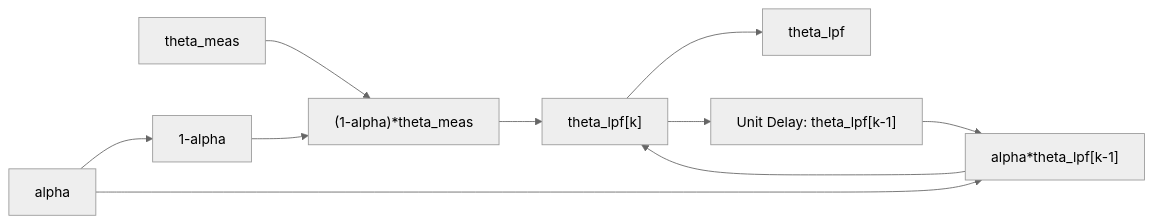
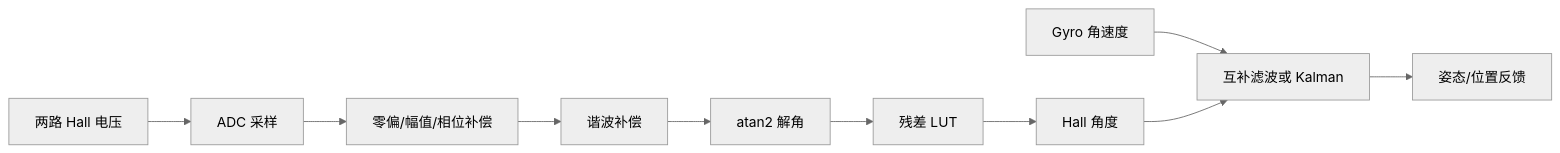
The diagram in 线性霍尔传感器/LPF_alpha-beta_ESO原理与Simulink实现说明.md (Ciri-07/Project-of-a-multi-axis-handheld-gimbal-based-on-BLDC-and-piezoelectric-motors), drawn with Mermaid (neutral theme) before and after one commit. The commit also changed other lines of this file and 18 other files, not shown here.

````diff
--- a/线性霍尔传感器/LPF_alpha-beta_ESO原理与Simulink实现说明.md
+++ b/线性霍尔传感器/LPF_alpha-beta_ESO原理与Simulink实现说明.md
@@ -175,12 +654,12 @@
 ```mermaid
 flowchart LR
-    A[theta_meas] --> B["(1-alpha)*theta_meas"]
-    C[alpha] --> D["1-alpha"]
-    D --> B
-    E["Unit Delay: theta_lpf[k-1]"] --> F["alpha*theta_lpf[k-1]"]
-    C --> F
-    B --> G["theta_lpf[k]"]
-    F --> G
-    G --> H[theta_lpf]
-    G --> E
+    A[两路 Hall 电压] --> B[ADC 采样]
+    B --> C[零偏/幅值/相位补偿]
+    C --> D[谐波补偿]
+    D --> E[atan2 解角]
+    E --> F[残差 LUT]
+    F --> G[Hall 角度]
+    H[Gyro 角速度] --> I[互补滤波或 Kalman]
+    G --> I
+    I --> J[姿态/位置反馈]
 ```
````
